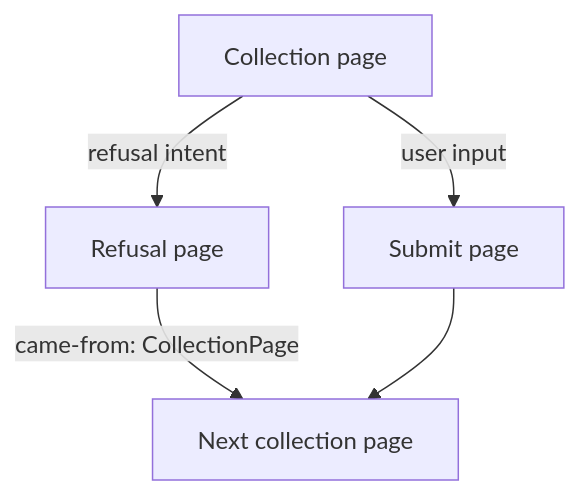
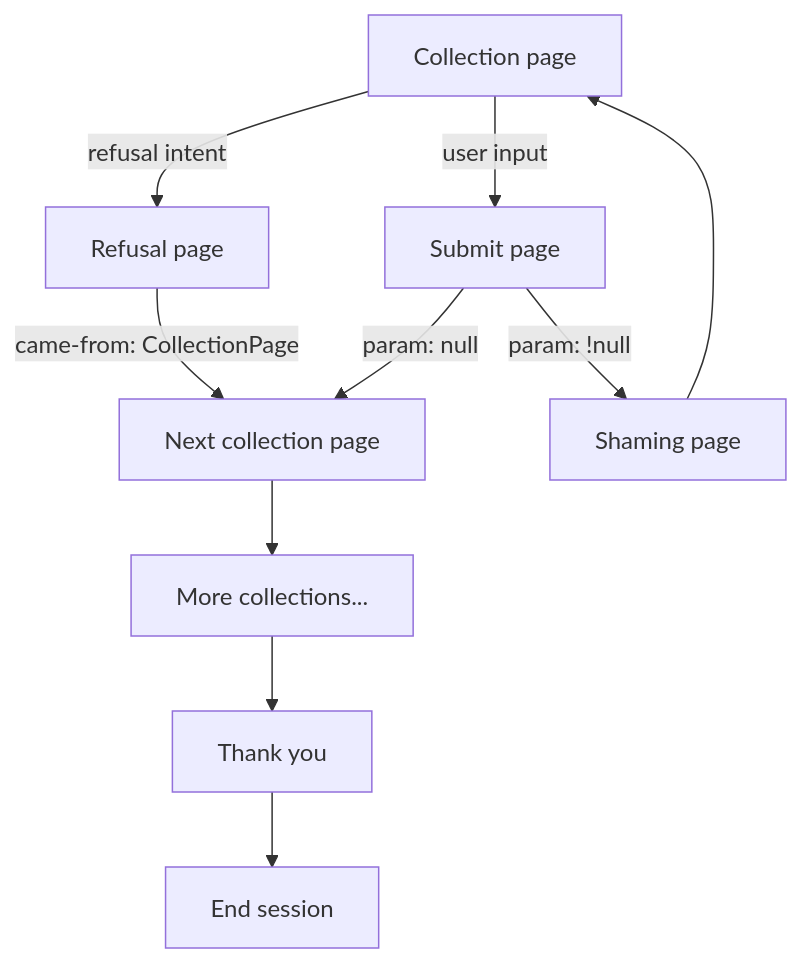
One commit to rchDev/game-of-points changed the third of 3 diagrams in docs/conv-agent.md. Above: the diagram before and after it, drawn with Mermaid.

````diff
--- a/docs/conv-agent.md
+++ b/docs/conv-agent.md
@@ -119,12 +119,21 @@
 ```mermaid
 graph TD
     CollectionPage["Collection page"]
     SubmitPage["Submit page"]
     RefusalPage["Refusal page"]
     NextCollectionPage["Next collection page"]
+    ShamingPage["Shaming page"]
+    MoreCollection["More collections..."]
+    ThankYou["Thank you"]
+    SessionEnd["End session"]
 
     CollectionPage -->|"user input"| SubmitPage
     CollectionPage -->|"refusal intent"| RefusalPage
     RefusalPage -->|"came-from: CollectionPage"| NextCollectionPage
-    SubmitPage --> NextCollectionPage
+    SubmitPage -->|"param: null"| NextCollectionPage
+    SubmitPage -->|"param: !null"| ShamingPage
+    ShamingPage --> CollectionPage
+    NextCollectionPage --> MoreCollection
+    MoreCollection --> ThankYou
+    ThankYou --> SessionEnd
 ```
````
